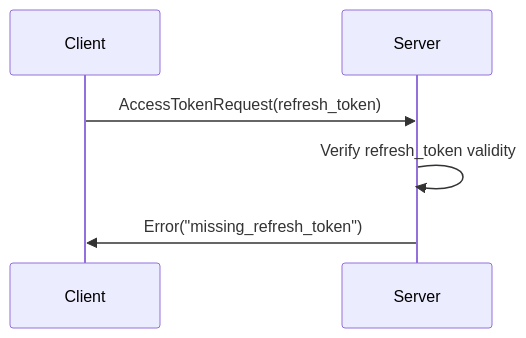
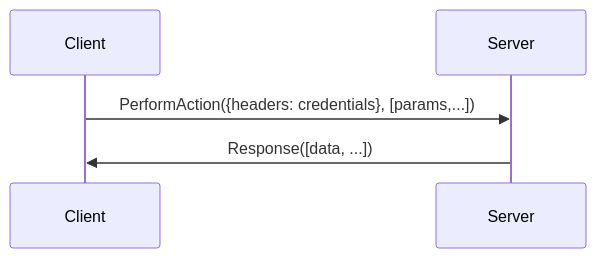
The fifth of 8 diagrams in kova/authentication/docs.md (adimian/kova), drawn with Mermaid before and after one commit. The commit also changed other lines of this file and 1 other file, not shown here.

````diff
--- a/kova/authentication/docs.md
+++ b/kova/authentication/docs.md
@@ -87,6 +43,5 @@
 ```mermaid
 sequenceDiagram
-    Client ->> Server: AccessTokenRequest(refresh_token)
-    Server ->> Server: Verify refresh_token validity
-    Server ->> Client: Error("missing_refresh_token")
+    Client ->> Server: PerformAction({headers: credentials}, [params,...])
+    Server ->> Client: Response([data, ...])
 ```
````
